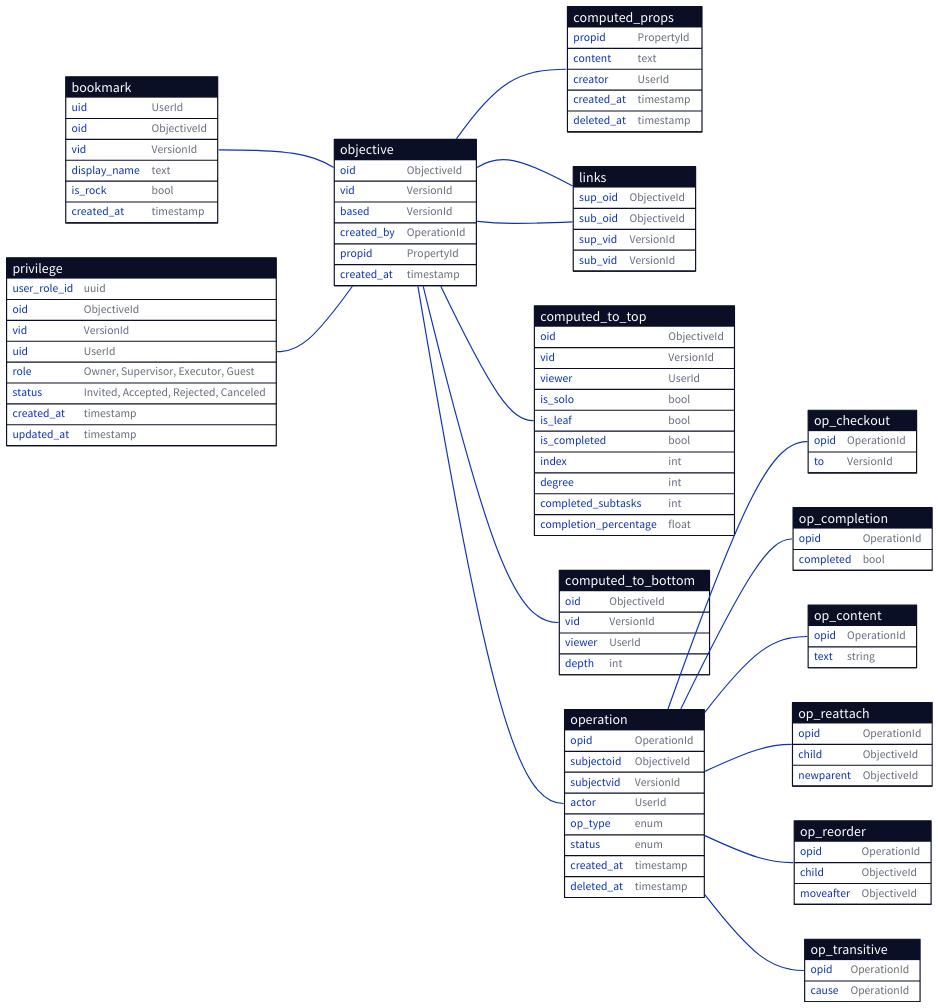
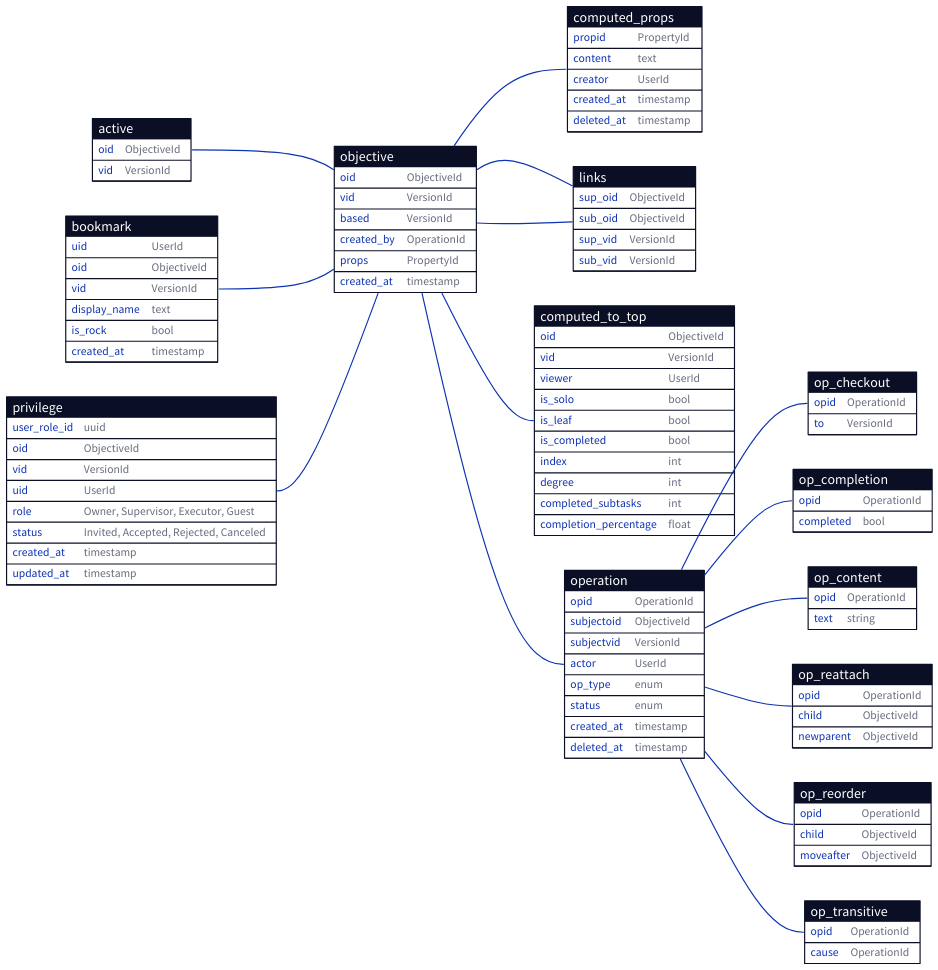
Before and after one commit to ufukty/logbook: the diagram in docs/database/simplified.d2, drawn with D2. The commit also changed 4 other files, not shown here.

```diff
--- a/docs/database/simplified.d2
+++ b/docs/database/simplified.d2
@@ -1,179 +1,175 @@
+active: {
+  shape: sql_table
+
+  oid: ObjectiveId
+  vid: VersionId
+}
+
 bookmark: {
   shape: sql_table
 
   uid: UserId
   oid: ObjectiveId
   vid: VersionId
   display_name: text
   is_rock: bool # rocks are hidden in the UI
   created_at: timestamp
 }
 
 privilege: {
   shape: sql_table
 
   user_role_id: uuid
   oid: ObjectiveId
   vid: VersionId
   uid: UserId
   role: "Owner, Supervisor, Executor, Guest"
   status: "Invited, Accepted, Rejected, Canceled"
   created_at: timestamp
   updated_at: timestamp
 }
 
 objective: {
   shape: sql_table
 
   oid: ObjectiveId
   vid: VersionId
   based: VersionId
   created_by: OperationId
-  propid: PropertyId
+  props: PropertyId
 
   created_at: timestamp # creation of this version (=row)
 }
 
 # cached from operations to reduce view build duration
 # separately versioned from the objective to detach it from privilege and collaboration config changes
 computed_props: {
   shape: sql_table
 
   propid: PropertyId
   content: text
   creator: UserId
   created_at: timestamp
   deleted_at: timestamp
 }
 
 links: {
   shape: sql_table
 
   sup_oid: ObjectiveId
   sub_oid: ObjectiveId
   sup_vid: VersionId
   sub_vid: VersionId
 }
 
 computed_to_top: {
   shape: sql_table
 
   oid: ObjectiveId
   vid: VersionId
   viewer: UserId
 
   is_solo: bool
   is_leaf: bool
   is_completed: bool
 
   index: int
   degree: int
   completed_subtasks: int
   completion_percentage: float
-}
-
-computed_to_bottom: {
-  shape: sql_table
-
-  oid: ObjectiveId
-  vid: VersionId
-  viewer: UserId
-
-  depth: int
 }
 
 operation: {
   shape: sql_table
 
   opid: OperationId
   
   subjectoid: ObjectiveId
   subjectvid: VersionId
   actor: UserId
 
   op_type: enum # Transitive, Checkout, Completion, Reattach, Reorder, Content
   status: enum # Received, Accepted, Rejected
 
   created_at: timestamp
   deleted_at: timestamp
 }
 
 op_checkout: {
   shape: sql_table
   
   opid: OperationId 
   to: VersionId
 }
 
 op_content: {
   shape: sql_table
   
   opid: OperationId 
   text: string
 }
 
 op_completion: {
   shape: sql_table
 
   opid: OperationId
   completed: bool
 }
 
 # reattachment operation gets defined on the old parent of the objective is requested to be moved into next parent's bottom
 op_reattach: {
   shape: sql_table
   
   opid: OperationId 
   child: ObjectiveId # find the vid from only version of child linked to current version of subject
   newparent: ObjectiveId # find the vid of parent from following the ascendants of subject reached from active versions
 }
 
 op_reorder: {
   shape: sql_table
   
   opid: OperationId 
   child: ObjectiveId
   moveafter: ObjectiveId
 }
 
 # every ascendant gets an transitive update operation when an objective gets version changing event from user (either checkout or content/prop modification)
 op_transitive: {
   shape: sql_table
   
   opid: OperationId 
   cause: OperationId
 }
 
 direction: right
 
+active.oid -- objective.oid
+
 # a bookmark points to a root node of a work tree
 bookmark.oid -- objective.oid
 # bookmark.vid -- objective.vid
 
 # Any task with custom privilege hand.can have owner/viewers/executors
 privilege.oid -- objective.oid
 # privilege.vid -- objective.vid
 
 objective.oid -- links.sup_oid
 # objective.vid -- links.sup_vid
 
 objective.oid -- links.sub_oid
 # objective.vid -- links.sub_vid
 
 objective.oid -- computed_to_top.oid
 # objective.vid -- computed_to_top.vid
 
-objective.oid -- computed_to_bottom.oid
-# objective.vid -- computed_to_bottom.vid
-
 operation.opid -- op_checkout.opid
 operation.opid -- op_completion.opid
 operation.opid -- op_content.opid
 operation.opid -- op_reattach.opid
 operation.opid -- op_reorder.opid
 operation.opid -- op_transitive.opid
 
 objective.created_by -- operation.opid
 
-objective.propid -- computed_props.propid
+objective.props -- computed_props.propid
 # objective.vid -- props.vid
```
